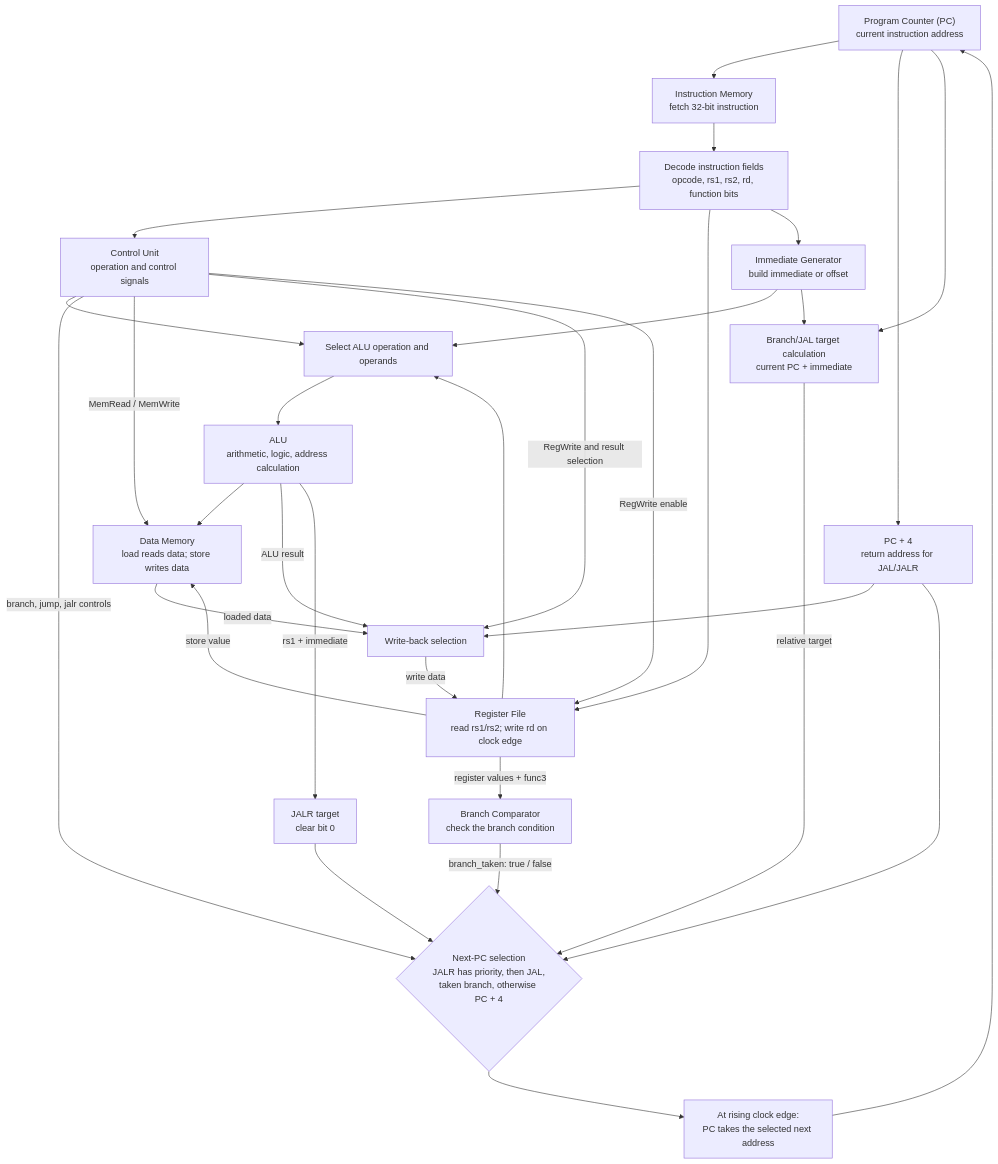
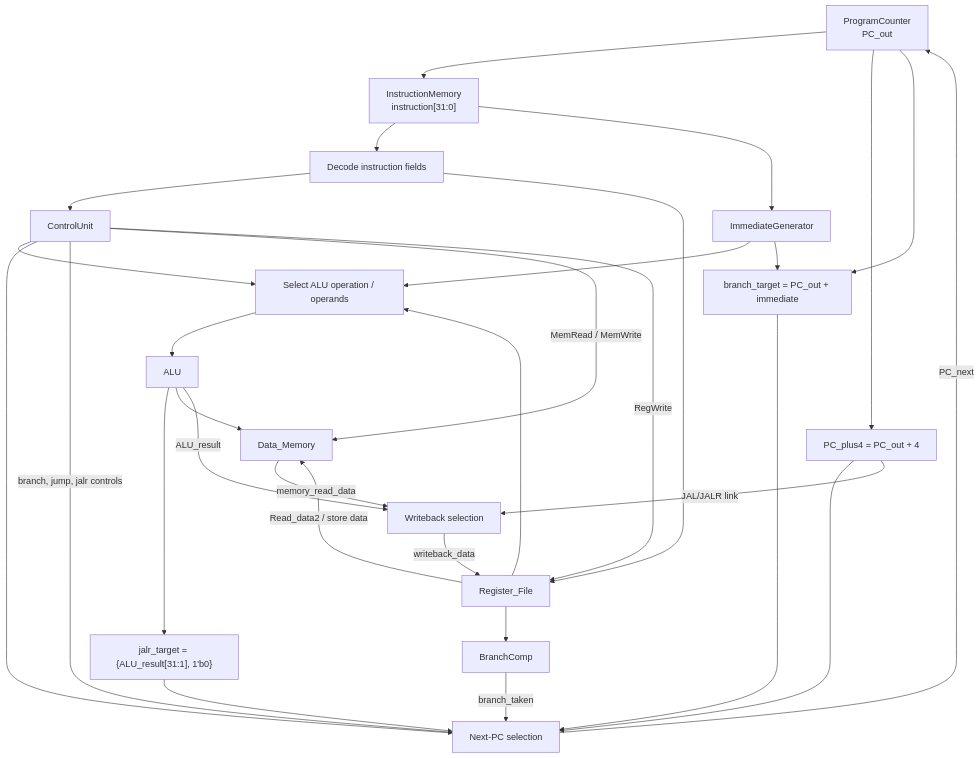
One commit to sHiNoBi005/RV32I changed the diagram in README.md. Above: the diagram before and after it, drawn with Mermaid. The commit also changed other lines of this file, not shown here.

````diff
--- a/README.md
+++ b/README.md
@@ -41,41 +49,32 @@
 ```mermaid
 flowchart TD
-    PC["Program Counter (PC)<br/>current instruction address"] --> IM["Instruction Memory<br/>fetch 32-bit instruction"]
-    IM --> DEC["Decode instruction fields<br/>opcode, rs1, rs2, rd, function bits"]
-
-    DEC --> CU["Control Unit<br/>operation and control signals"]
-    DEC --> RF["Register File<br/>read rs1/rs2; write rd on clock edge"]
-    DEC --> IG["Immediate Generator<br/>build immediate or offset"]
-
-    CU --> ALUSetup["Select ALU operation and operands"]
-    RF --> ALUSetup
-    IG --> ALUSetup
-    ALUSetup --> ALU["ALU<br/>arithmetic, logic, address calculation"]
-
-    RF -- "register values + func3" --> BC["Branch Comparator<br/>check the branch condition"]
-    BC -- "branch_taken: true / false" --> NPC
-    CU -- "branch, jump, jalr controls" --> NPC
-
-    ALU --> DM["Data Memory<br/>load reads data; store writes data"]
-    RF -- "store value" --> DM
-    CU -- "MemRead / MemWrite" --> DM
-
-    ALU -- "ALU result" --> WB["Write-back selection"]
-    DM -- "loaded data" --> WB
-    PC4["PC + 4<br/>return address for JAL/JALR"] --> WB
-    CU -- "RegWrite and result selection" --> WB
-    WB -- "write data" --> RF
-    CU -- "RegWrite enable" --> RF
-
-    PC --> PC4
-    PC --> BT["Branch/JAL target calculation<br/>current PC + immediate"]
+    PC["ProgramCounter<br/>PC_out"] --> IM["InstructionMemory<br/>instruction[31:0]"]
+    IM --> DECODE["Decode instruction fields"]
+    DECODE --> CU["ControlUnit"]
+    DECODE --> RF["Register_File"]
+    IM --> IG["ImmediateGenerator"]
+    CU --> ALUCFG["Select ALU operation / operands"]
+    RF --> ALUCFG
+    IG --> ALUCFG
+    ALUCFG --> ALU["ALU"]
+    RF --> BC["BranchComp"]
+    CU --> PCMUX["Next-PC selection"]
+    BC -->|"branch_taken"| PCMUX
+    CU -->|"branch, jump, jalr controls"| PCMUX
+    PC --> PC4["PC_plus4 = PC_out + 4"]
+    PC --> BT["branch_target = PC_out + immediate"]
     IG --> BT
-    BT -- "relative target" --> NPC
-    ALU -- "rs1 + immediate" --> JT["JALR target<br/>clear bit 0"]
-    JT --> NPC
-    PC4 --> NPC
-
-    NPC{"Next-PC selection<br/>JALR has priority, then JAL,<br/>taken branch, otherwise PC + 4"}
-    NPC --> PCUpdate["At rising clock edge:<br/>PC takes the selected next address"]
-    PCUpdate --> PC
+    ALU --> JT["jalr_target = {ALU_result[31:1], 1'b0}"]
+    BT --> PCMUX
+    JT --> PCMUX
+    PC4 --> PCMUX
+    PCMUX -->|"PC_next"| PC
+    ALU --> DM["Data_Memory"]
+    RF -->|"Read_data2 / store data"| DM
+    DM -->|"memory_read_data"| WB["Writeback selection"]
+    ALU -->|"ALU_result"| WB
+    PC4 -->|"JAL/JALR link"| WB
+    CU -->|"MemRead / MemWrite"| DM
+    CU -->|"RegWrite"| RF
+    WB -->|"writeback_data"| RF
 ```
````
